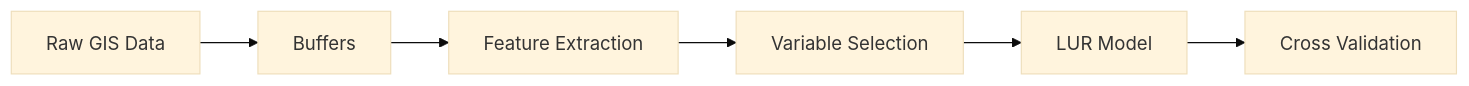
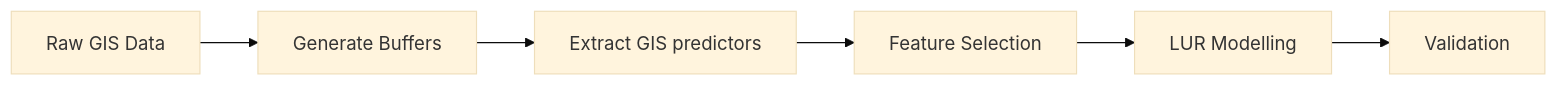
One commit to adithirgis/code_examples changed the diagram in index.qmd. Above: the diagram before and after it, drawn with Mermaid (base theme). The commit also changed other lines of this file and 1 other file, not shown here.

````diff
--- a/index.qmd
+++ b/index.qmd
@@ -89,16 +141,16 @@
 ```{mermaid}
 graph LR
 
 A[Raw GIS Data]
-B[Buffers]
-C[Feature Extraction]
-D[Variable Selection]
-E[LUR Model]
-F[Cross Validation]
+B[Generate Buffers]
+C[Extract GIS predictors]
+D[Feature Selection]
+E[LUR Modelling]
+F[Validation]
 
 A --> B
 B --> C
 C --> D
 D --> E
 E --> F
 ```
````
